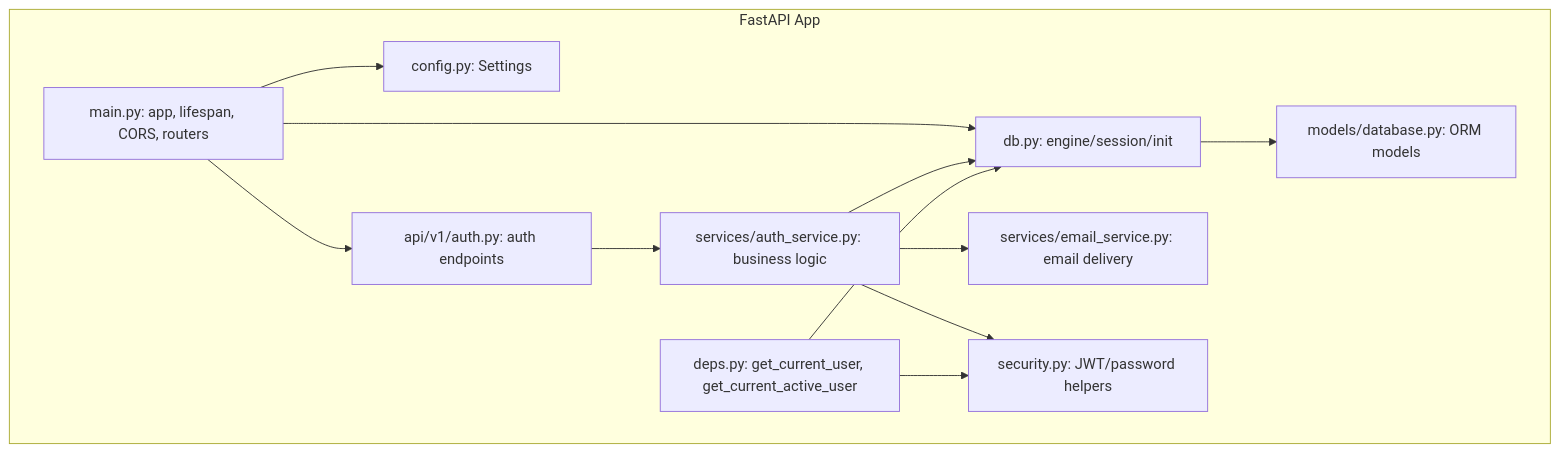
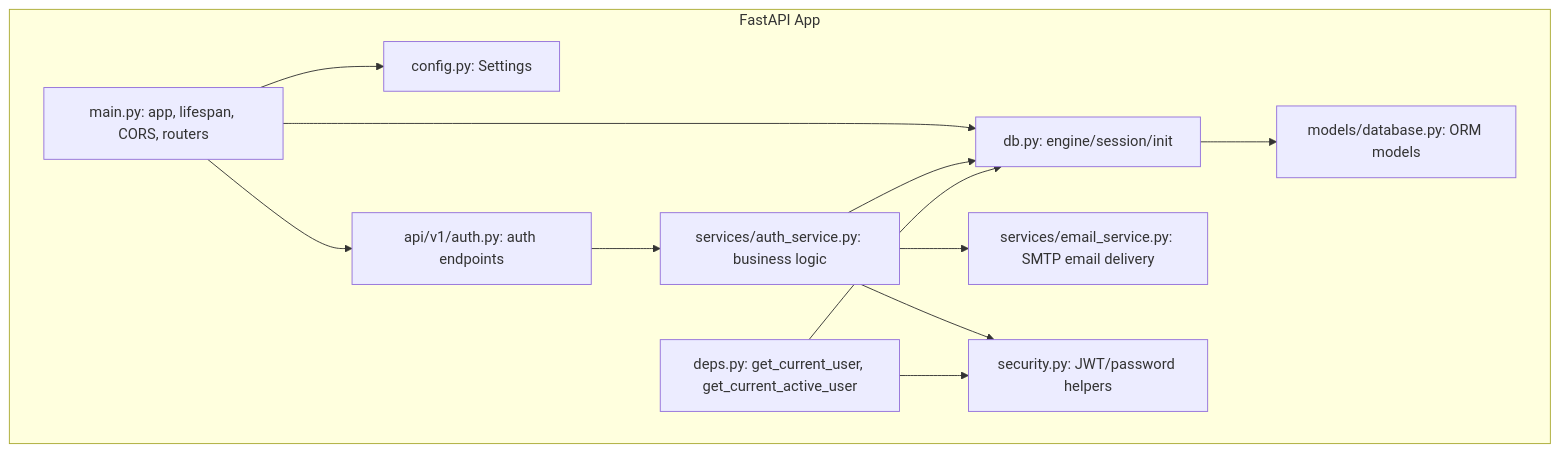
Before and after one commit to rainRise/aidiary: the second of 6 diagrams in .qoder/repowiki/en/content/Architecture Overview/Backend Architecture/Core Configuration.md, drawn with Mermaid. The commit also changed other lines of this file and 13 other files, not shown here.

````diff
--- a/.qoder/repowiki/en/content/Architecture Overview/Backend Architecture/Core Configuration.md
+++ b/.qoder/repowiki/en/content/Architecture Overview/Backend Architecture/Core Configuration.md
@@ -103,24 +115,24 @@
 ```mermaid
 graph TB
 subgraph "FastAPI App"
 M["main.py: app, lifespan, CORS, routers"]
 D["deps.py: get_current_user, get_current_active_user"]
 S["security.py: JWT/password helpers"]
 C["config.py: Settings"]
 B["db.py: engine/session/init"]
 E["models/database.py: ORM models"]
 A["api/v1/auth.py: auth endpoints"]
 AS["services/auth_service.py: business logic"]
-ES["services/email_service.py: email delivery"]
+ES["services/email_service.py: SMTP email delivery"]
 end
 M --> C
 M --> B
 M --> A
 A --> AS
 AS --> ES
 AS --> S
 AS --> B
 D --> S
 D --> B
 B --> E
 ```
````
